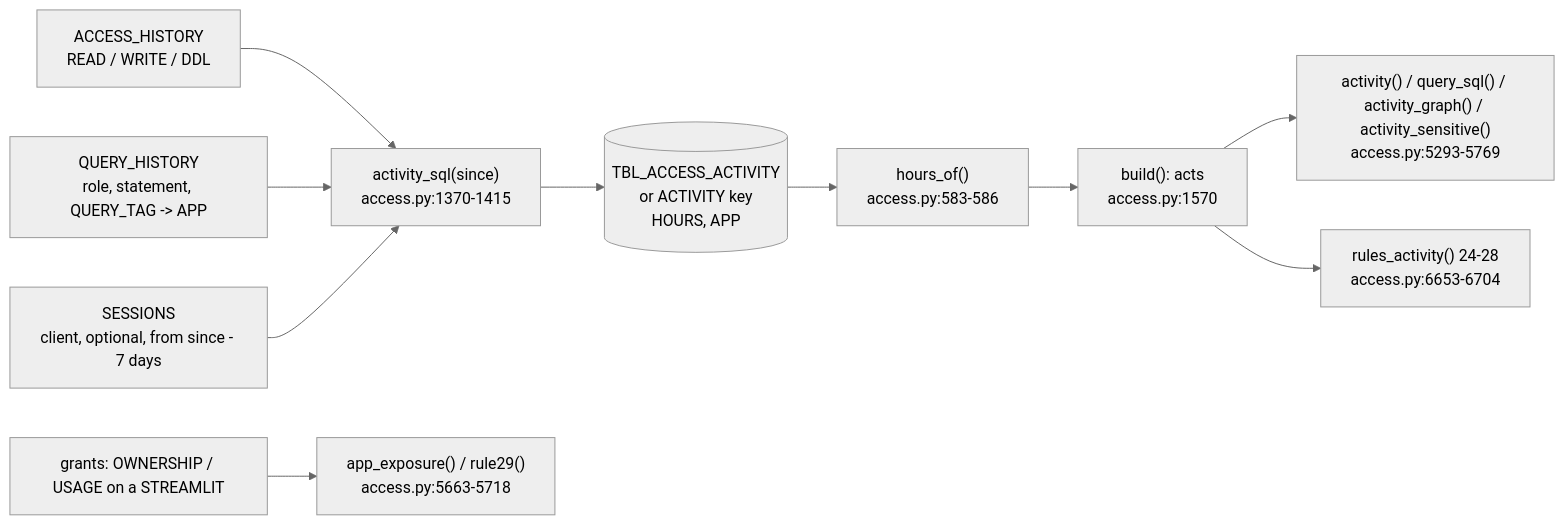
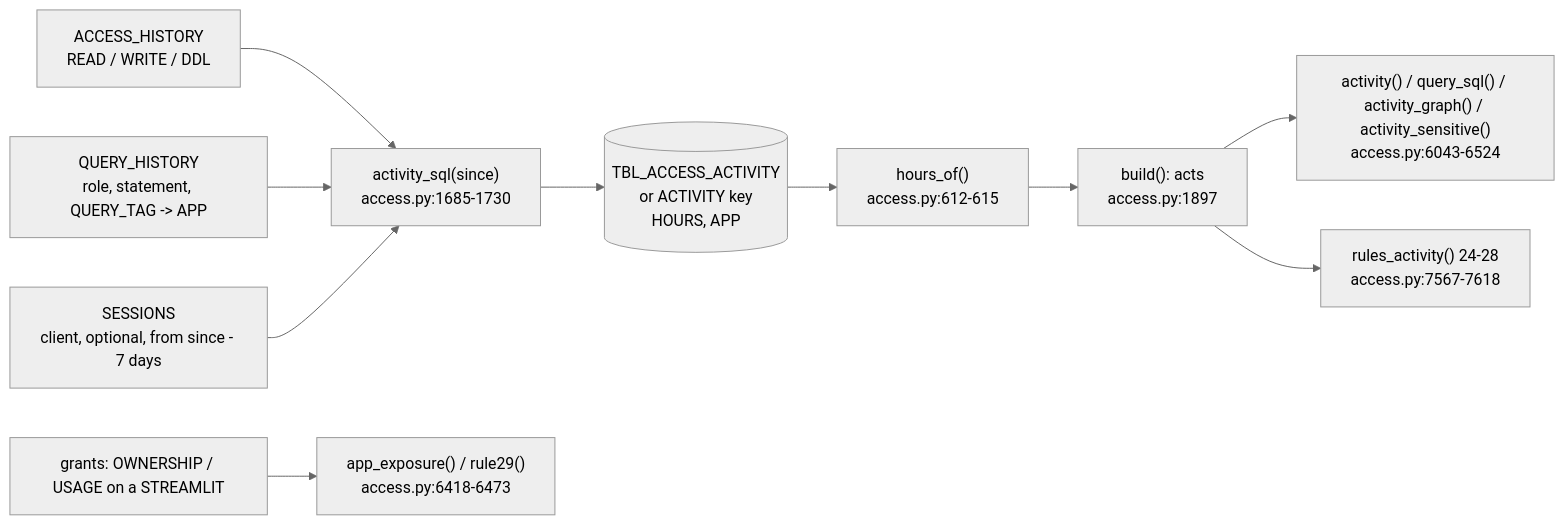
Before and after one commit to darshanmeel/snowflake-access-explorer: the diagram in snowflake-access-explorer-knowledge-graph/logic/activity.md, drawn with Mermaid (neutral theme). The commit also changed other lines of this file and 97 other files, not shown here.

First line of the commit message:
Knowledge graph: updated for 80 commits (read levels, object inventory, object activity, graph focus, risks, Home)

````diff
--- a/snowflake-access-explorer-knowledge-graph/logic/activity.md
+++ b/snowflake-access-explorer-knowledge-graph/logic/activity.md
@@ -6,12 +6,12 @@
 ```mermaid
 flowchart LR
-  AH[ACCESS_HISTORY<br/>READ / WRITE / DDL] --> SQLA["activity_sql(since)<br/>access.py:1370-1415"]
+  AH[ACCESS_HISTORY<br/>READ / WRITE / DDL] --> SQLA["activity_sql(since)<br/>access.py:1685-1730"]
   QH[QUERY_HISTORY<br/>role, statement, QUERY_TAG -> APP] --> SQLA
   SE[SESSIONS<br/>client, optional, from since - 7 days] --> SQLA
   SQLA --> T[(TBL_ACCESS_ACTIVITY<br/>or ACTIVITY key<br/>HOURS, APP)]
-  T --> HO["hours_of()<br/>access.py:583-586"]
-  HO --> ACTS["build(): acts<br/>access.py:1570"]
-  ACTS --> TAB["activity() / query_sql() / activity_graph() / activity_sensitive()<br/>access.py:5293-5769"]
-  ACTS --> R["rules_activity() 24-28<br/>access.py:6653-6704"]
-  G[grants: OWNERSHIP / USAGE on a STREAMLIT] --> AX["app_exposure() / rule29()<br/>access.py:5663-5718"]
+  T --> HO["hours_of()<br/>access.py:612-615"]
+  HO --> ACTS["build(): acts<br/>access.py:1897"]
+  ACTS --> TAB["activity() / query_sql() / activity_graph() / activity_sensitive()<br/>access.py:6043-6524"]
+  ACTS --> R["rules_activity() 24-28<br/>access.py:7567-7618"]
+  G[grants: OWNERSHIP / USAGE on a STREAMLIT] --> AX["app_exposure() / rule29()<br/>access.py:6418-6473"]
 ```
````
